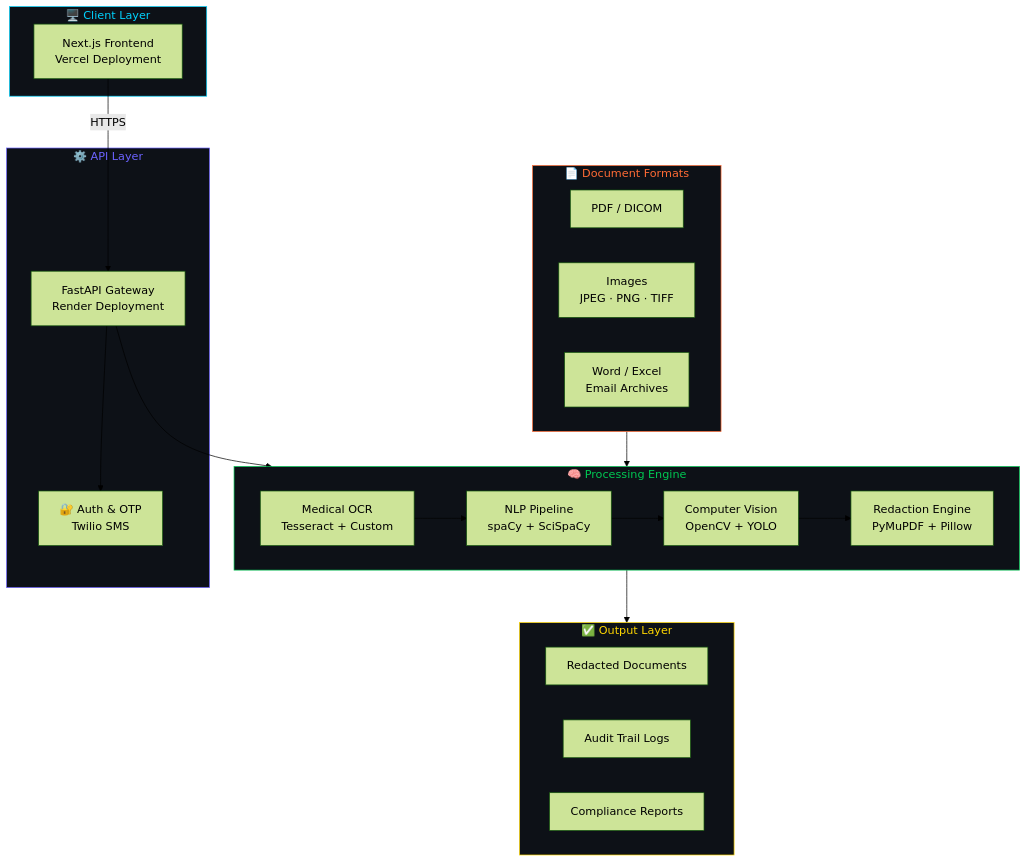
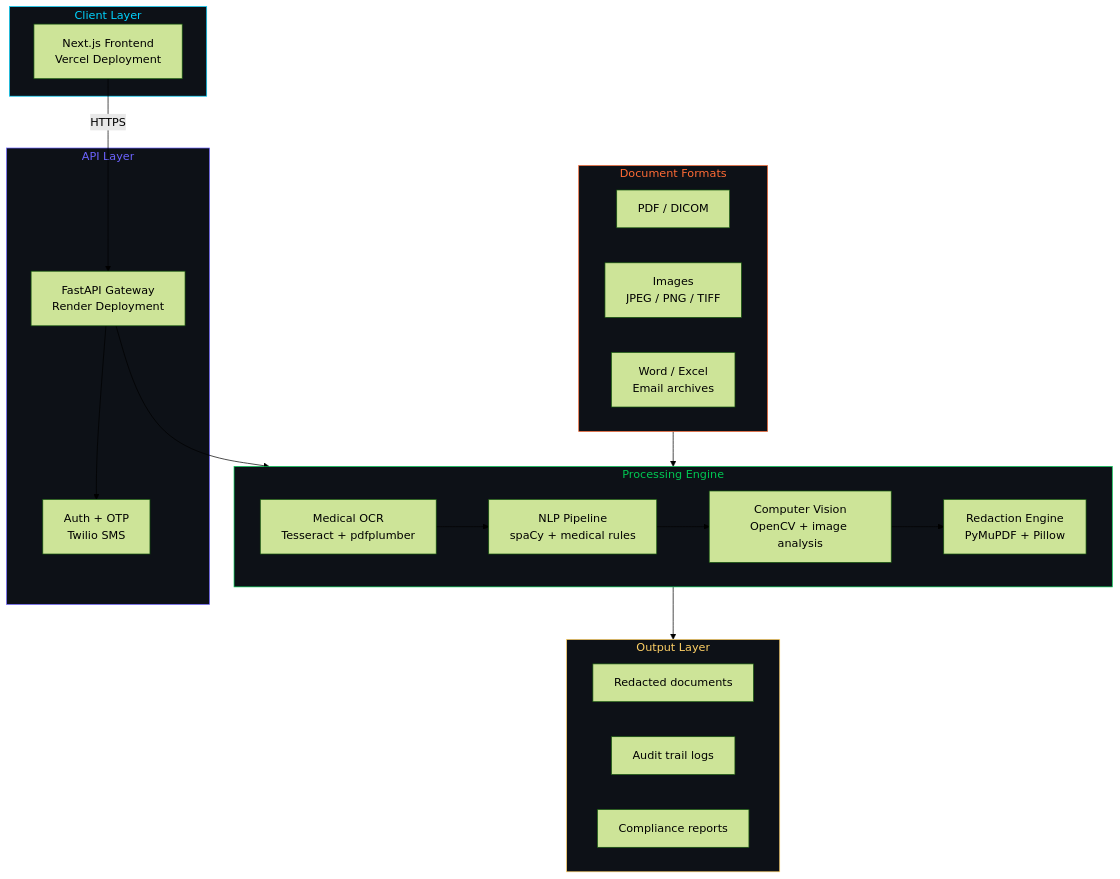
One commit to vedantjn27/Medvault-Medical-Privacy-Protection-Pipeline-final-implementation changed the first of 4 diagrams in README.md. Above: the diagram before and after it, drawn with Mermaid (forest theme). The commit also changed other lines of this file, not shown here.

````diff
--- a/README.md
+++ b/README.md
@@ -132,46 +122,46 @@
 ```mermaid
 graph TB
-    subgraph CLIENT["🖥️ Client Layer"]
+    subgraph CLIENT["Client Layer"]
         UI["Next.js Frontend<br/>Vercel Deployment"]
     end
 
-    subgraph API["⚙️ API Layer"]
+    subgraph API["API Layer"]
         GW["FastAPI Gateway<br/>Render Deployment"]
-        AUTH["🔐 Auth & OTP<br/>Twilio SMS"]
+        AUTH["Auth + OTP<br/>Twilio SMS"]
     end
 
-    subgraph PROC["🧠 Processing Engine"]
+    subgraph PROC["Processing Engine"]
         direction LR
-        OCR["Medical OCR<br/>Tesseract + Custom"]
-        NLP["NLP Pipeline<br/>spaCy + SciSpaCy"]
-        CV["Computer Vision<br/>OpenCV + YOLO"]
+        OCR["Medical OCR<br/>Tesseract + pdfplumber"]
+        NLP["NLP Pipeline<br/>spaCy + medical rules"]
+        CV["Computer Vision<br/>OpenCV + image analysis"]
         RED["Redaction Engine<br/>PyMuPDF + Pillow"]
     end
 
-    subgraph FORMATS["📄 Document Formats"]
+    subgraph FORMATS["Document Formats"]
         PDF["PDF / DICOM"]
-        IMG["Images<br/>JPEG · PNG · TIFF"]
-        DOC["Word / Excel<br/>Email Archives"]
+        IMG["Images<br/>JPEG / PNG / TIFF"]
+        DOC["Word / Excel<br/>Email archives"]
     end
 
-    subgraph OUTPUT["✅ Output Layer"]
-        REDACTED["Redacted Documents"]
-        AUDIT["Audit Trail Logs"]
-        REPORT["Compliance Reports"]
+    subgraph OUTPUT["Output Layer"]
+        REDACTED["Redacted documents"]
+        AUDIT["Audit trail logs"]
+        REPORT["Compliance reports"]
     end
 
     UI -->|HTTPS| GW
     GW --> AUTH
     GW --> PROC
     FORMATS --> OCR
     OCR --> NLP
     NLP --> CV
     CV --> RED
     RED --> OUTPUT
 
     style CLIENT fill:#0d1117,stroke:#00D4FF,color:#00D4FF
     style API fill:#0d1117,stroke:#6C63FF,color:#6C63FF
     style PROC fill:#0d1117,stroke:#00C853,color:#00C853
     style FORMATS fill:#0d1117,stroke:#FF6B35,color:#FF6B35
-    style OUTPUT fill:#0d1117,stroke:#FFD700,color:#FFD700
+    style OUTPUT fill:#0d1117,stroke:#FFD166,color:#FFD166
 ```
````
